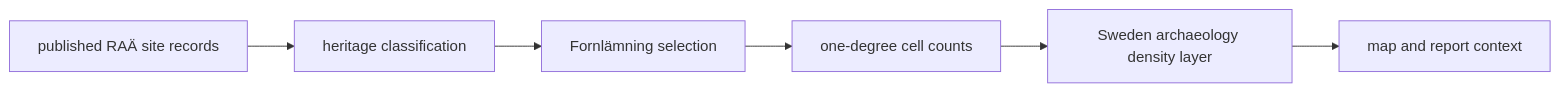
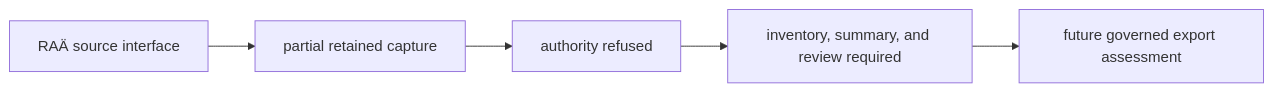
The diagram in docs/public/pollenomics-data/publications/raa-exports.md (bijux/bijux-pollenomics), drawn with Mermaid before and after one commit. The commit also changed other lines of this file and 7 other files, not shown here.

Commit message:
docs(data): remove stale source authority claims

````diff
--- a/docs/public/pollenomics-data/publications/raa-exports.md
+++ b/docs/public/pollenomics-data/publications/raa-exports.md
@@ -36,8 +33,7 @@
 ```mermaid
 flowchart LR
-    OpenData["published RAÄ site records"] --> Classify["heritage classification"]
-    Classify --> Select["Fornlämning selection"]
-    Select --> Aggregate["one-degree cell counts"]
-    Aggregate --> Context["Sweden archaeology density layer"]
-    Context --> Product["map and report context"]
+    OpenData["RAÄ source interface"] --> Capture["partial retained capture"]
+    Capture --> Refusal["authority refused"]
+    Refusal --> Missing["inventory, summary, and review required"]
+    Missing --> Future["future governed export assessment"]
 ```
````
